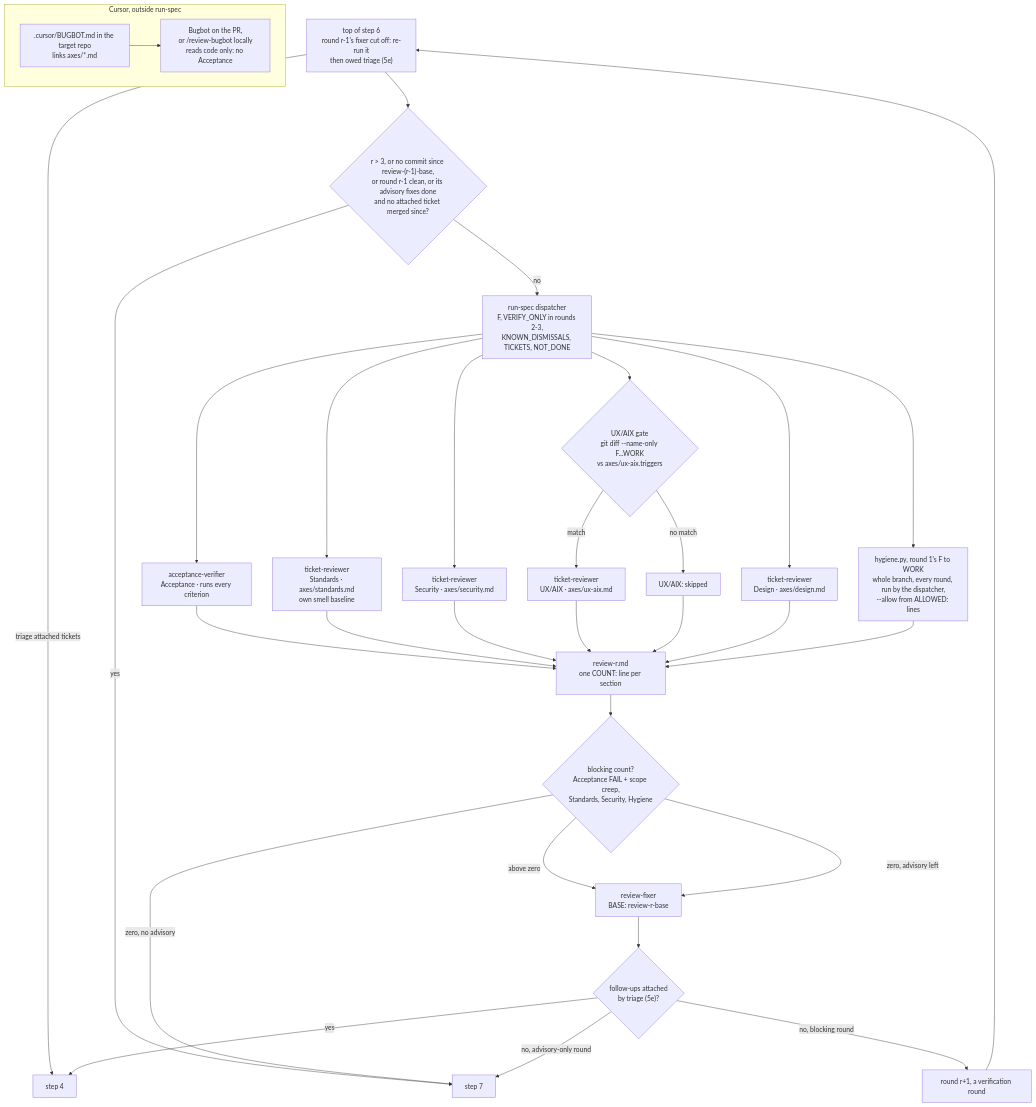
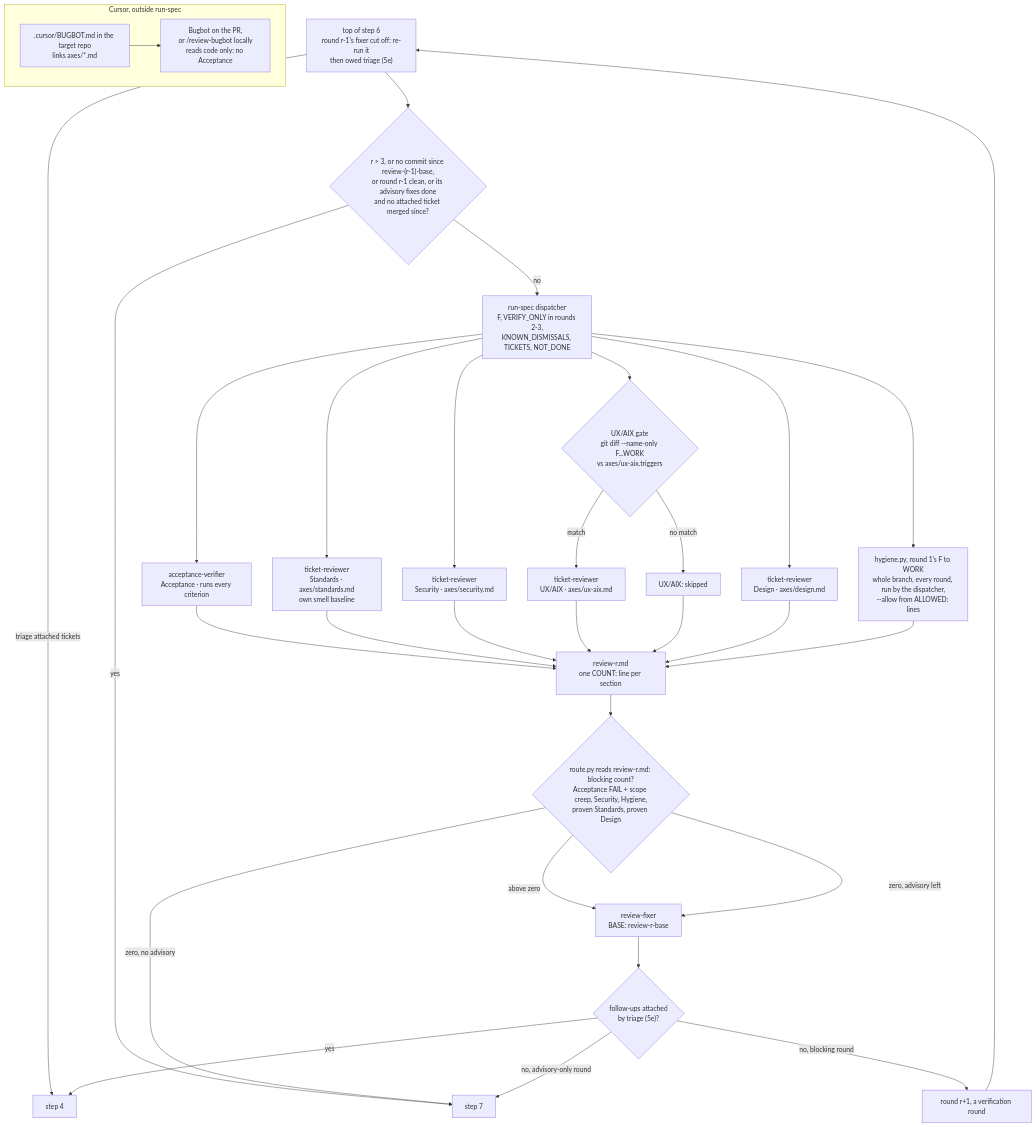
One commit to rodrigorjsf/ai-study-library changed the second of 2 diagrams in ai/skills/run-spec/README.md. Above: the diagram before and after it, drawn with Mermaid. The commit also changed other lines of this file and 10 other files, not shown here.

First line of the commit message:
feat(run-spec): Proven and Unproven final-review findings

````diff
--- a/ai/skills/run-spec/README.md
+++ b/ai/skills/run-spec/README.md
@@ -50,27 +50,27 @@
 ```mermaid
 flowchart TB
     TOP["top of step 6<br/>round r-1's fixer cut off: re-run it<br/>then owed triage (5e)"] -- "triage attached tickets" --> S4["step 4"]
     TOP --> SQ{"r > 3, or no commit since review-(r-1)-base,<br/>or round r-1 clean, or its advisory fixes done<br/>and no attached ticket merged since?"}
     SQ -- yes --> S7["step 7"]
     SQ -- no --> D["run-spec dispatcher<br/>F, VERIFY_ONLY in rounds 2-3,<br/>KNOWN_DISMISSALS, TICKETS, NOT_DONE"]
     D --> ACC["acceptance-verifier<br/>Acceptance · runs every criterion"]
     D --> STD["ticket-reviewer<br/>Standards · axes/standards.md<br/>own smell baseline"]
     D --> SEC["ticket-reviewer<br/>Security · axes/security.md"]
     D --> G{"UX/AIX gate<br/>git diff --name-only F...WORK<br/>vs axes/ux-aix.triggers"}
     G -- match --> UX["ticket-reviewer<br/>UX/AIX · axes/ux-aix.md"]
     G -- no match --> SKIP["UX/AIX: skipped"]
     D --> DES["ticket-reviewer<br/>Design · axes/design.md"]
     D --> HY["hygiene.py, round 1's F to WORK<br/>whole branch, every round, run by the dispatcher,<br/>--allow from ALLOWED: lines"]
     ACC & STD & SEC & UX & SKIP & DES & HY --> R["review-r.md<br/>one COUNT: line per section"]
-    R --> RT{"blocking count?<br/>Acceptance FAIL + scope creep,<br/>Standards, Security, Hygiene"}
+    R --> RT{"route.py reads review-r.md: blocking count?<br/>Acceptance FAIL + scope creep, Security, Hygiene,<br/>proven Standards, proven Design"}
     RT -- "zero, no advisory" --> S7
     RT -- "above zero" --> FX["review-fixer<br/>BASE: review-r-base"]
     RT -- "zero, advisory left" --> FX
     FX --> TR{"follow-ups attached<br/>by triage (5e)?"}
     TR -- yes --> S4
     TR -- "no, blocking round" --> NEXT["round r+1, a verification round"] --> TOP
     TR -- "no, advisory-only round" --> S7
     subgraph CURSOR ["Cursor, outside run-spec"]
         BB[".cursor/BUGBOT.md in the target repo<br/>links axes/*.md"] --> BOT["Bugbot on the PR,<br/>or /review-bugbot locally<br/>reads code only: no Acceptance"]
     end
 ```
````
